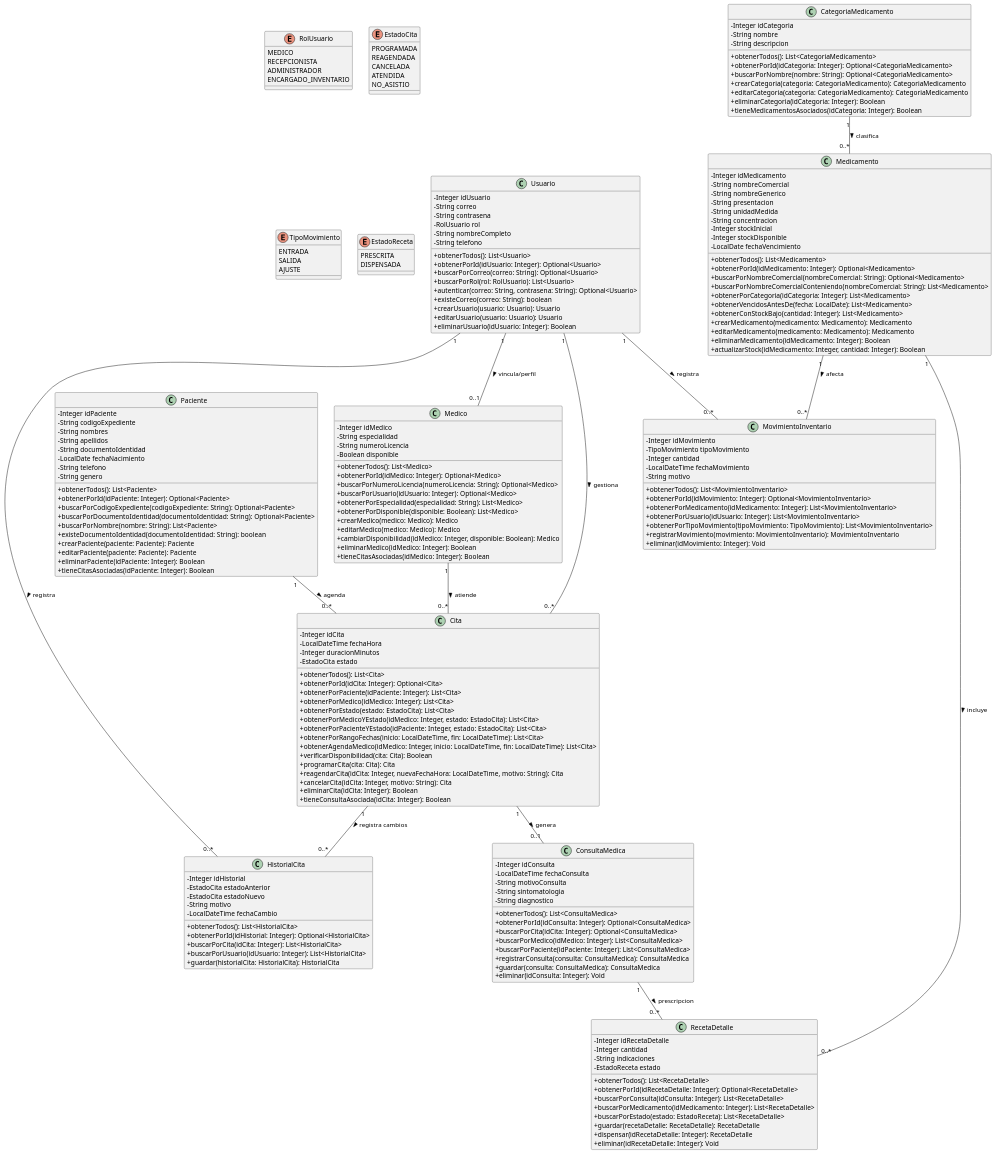
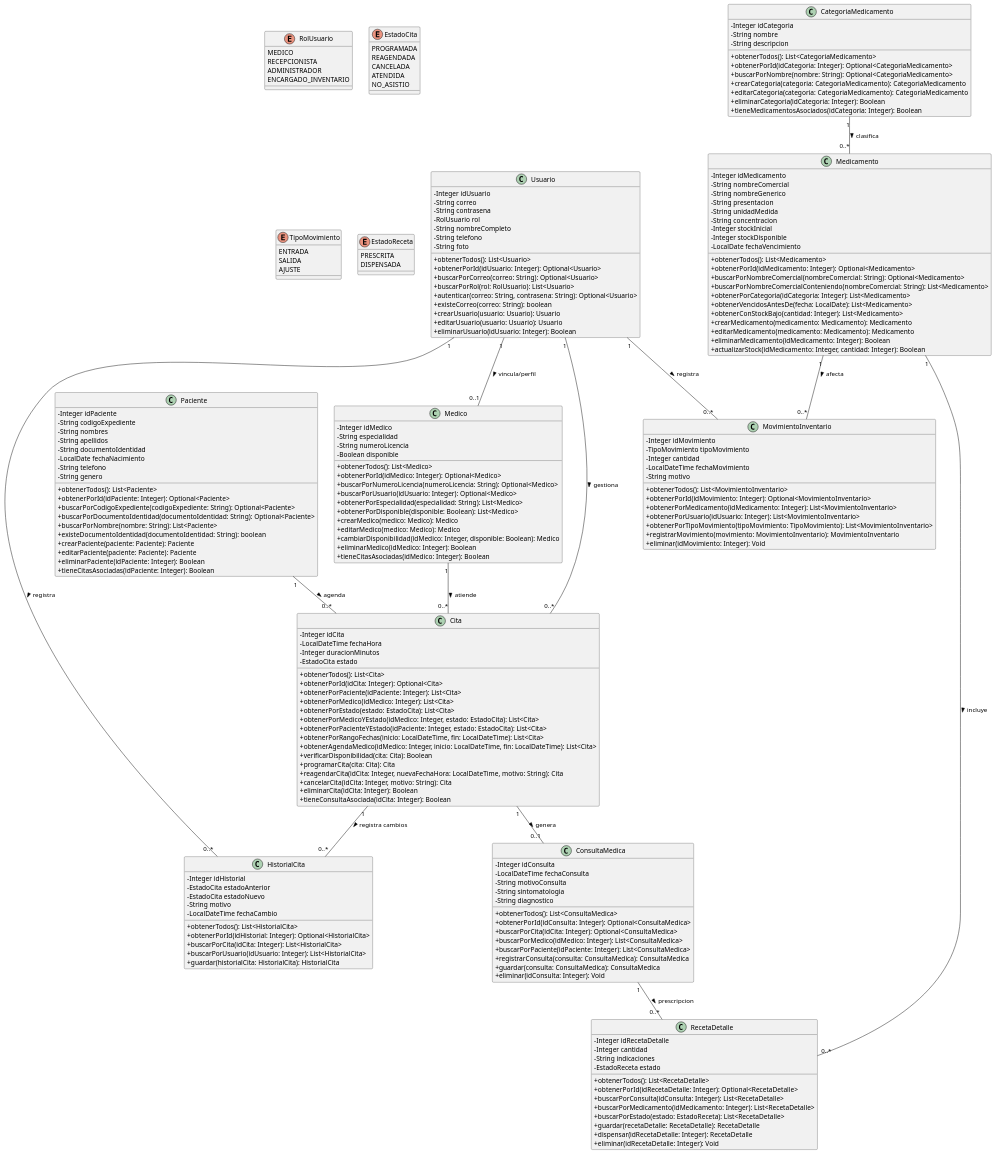
Before and after one commit to SaulOrlando/Medic-_clinic_care: the diagram in src/diagramas/clases.puml, drawn with PlantUML. The commit also changed 29 other files, not shown here.

```diff
--- a/src/diagramas/clases.puml
+++ b/src/diagramas/clases.puml
@@ -36,6 +36,7 @@
   - RolUsuario rol
   - String nombreCompleto
   - String telefono
+  - String foto
   + obtenerTodos(): List<Usuario>
   + obtenerPorId(idUsuario: Integer): Optional<Usuario>
   + buscarPorCorreo(correo: String): Optional<Usuario>
```
